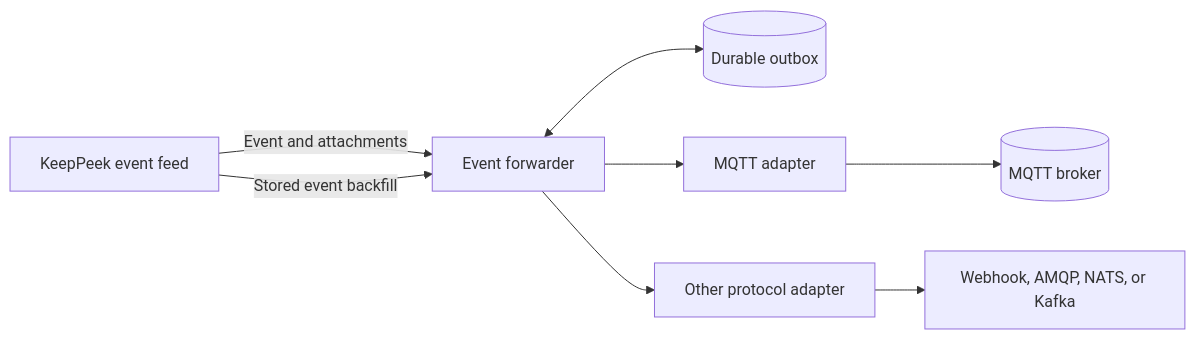
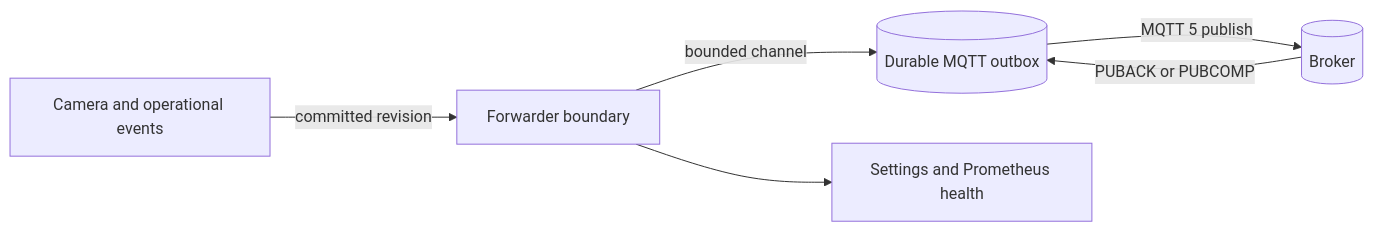
One commit to xnorpx/keeppeek changed the diagram in docs/event-forwarder.md. Above: the diagram before and after it, drawn with Mermaid. The commit also changed other lines of this file and 34 other files, not shown here.

First line of the commit message:
Add MQTT 5 event forwarding (#188)

````diff
--- a/docs/event-forwarder.md
+++ b/docs/event-forwarder.md
@@ -24,10 +19,8 @@
 ```mermaid
 flowchart LR
-    K[KeepPeek event feed] -->|Event and attachments| F[Event forwarder]
-    K -->|Stored event backfill| F
-    F <--> O[(Durable outbox)]
-    F --> M[MQTT adapter]
-    F --> H[Other protocol adapter]
-    M --> B[(MQTT broker)]
-    H --> S[Webhook, AMQP, NATS, or Kafka]
+    C[Camera and operational events] -->|committed revision| F[Forwarder boundary]
+    F -->|bounded channel| O[(Durable MQTT outbox)]
+    O -->|MQTT 5 publish| B[(Broker)]
+    B -->|PUBACK or PUBCOMP| O
+    F --> H[Settings and Prometheus health]
 ```
````
